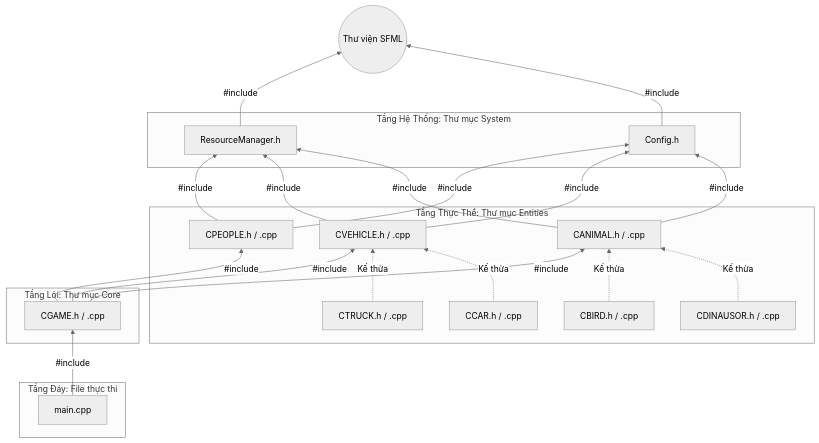
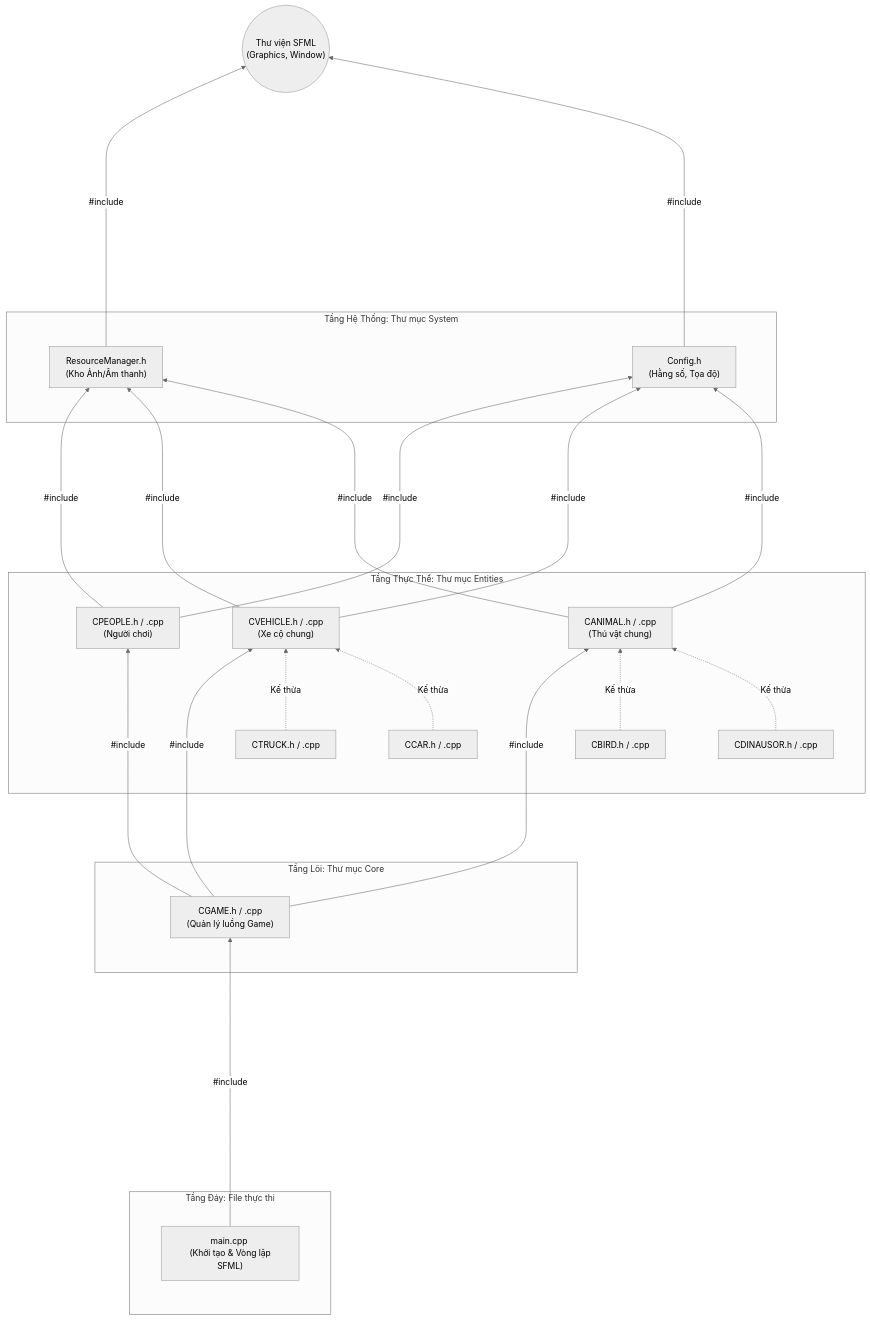
Before and after one commit to doomsdaycome/crossing_road_game: the diagram in ArchitextureDiagram.md, drawn with Mermaid (neutral theme).

````diff
--- a/ArchitextureDiagram.md
+++ b/ArchitextureDiagram.md
@@ -1,65 +1,67 @@
 ```mermaid
+%%{init: {"flowchart": {"nodeSpacing": 100, "rankSpacing": 130}}}%%
 graph BT
     %% --- TẦNG 1: Vòng lặp chính ---
     subgraph L1 [Tầng Đáy: File thực thi]
-        Main["main.cpp"]
+        Main["main.cpp <br> (Khởi tạo & Vòng lặp SFML)"]
     end
 
     %% --- TẦNG 2: Bộ não trò chơi ---
     subgraph L2 [Tầng Lõi: Thư mục Core]
-        Game["CGAME.h / .cpp"]
+        Game["CGAME.h / .cpp <br> (Quản lý luồng Game)"]
     end
 
     %% --- TẦNG 3: Các đối tượng trong game ---
     subgraph L3 [Tầng Thực Thể: Thư mục Entities]
-        People["CPEOPLE.h / .cpp"]
+        People["CPEOPLE.h / .cpp <br> (Người chơi)"]
         
-        Vehicle["CVEHICLE.h / .cpp"]
+        Vehicle["CVEHICLE.h / .cpp <br> (Xe cộ chung)"]
         Truck["CTRUCK.h / .cpp"]
         Car["CCAR.h / .cpp"]
         
-        Animal["CANIMAL.h / .cpp"]
+        Animal["CANIMAL.h / .cpp <br> (Thú vật chung)"]
         Bird["CBIRD.h / .cpp"]
         Dino["CDINAUSOR.h / .cpp"]
     end
 
     %% --- TẦNG 4: Quản lý tài nguyên & Hằng số ---
     subgraph L4 [Tầng Hệ Thống: Thư mục System]
-        Config["Config.h"]
-        RM["ResourceManager.h"]
+        Config["Config.h <br> (Hằng số, Tọa độ)"]
+        RM["ResourceManager.h <br> (Kho Ảnh/Âm thanh)"]
     end
 
     %% --- TẦNG 5: Thư viện ngoài ---
-    SFML(("Thư viện SFML"))
+    SFML(("Thư viện SFML <br> (Graphics, Window)"))
 
     %% ==========================================
     %% CÁC ĐƯỜNG LIÊN KẾT (Include & Kế thừa)
     %% ==========================================
 
-    %% 1. Luồng Include từ dưới lên
-    Main -->|"#include"| Game
+    %% 1. Luồng Include từ dưới lên (Dùng 4 gạch để kéo dài khoảng cách)
+    Main ---->|"#include"| Game
     
-    Game -->|"#include"| People
-    Game -->|"#include"| Vehicle
-    Game -->|"#include"| Animal
+    %% Tầng Core gọi Thực thể (Dùng 3 gạch)
+    Game --->|"#include"| People
+    Game --->|"#include"| Vehicle
+    Game --->|"#include"| Animal
     
     %% 2. Luồng Kế thừa (Nét đứt)
     Truck -. "Kế thừa" .-> Vehicle
     Car -. "Kế thừa" .-> Vehicle
     Bird -. "Kế thừa" .-> Animal
     Dino -. "Kế thừa" .-> Animal
     
     %% 3. Gọi các file Hệ thống dùng chung
-    People -->|"#include"| Config
-    People -->|"#include"| RM
+    People --->|"#include"| Config
+    People --->|"#include"| RM
     
-    Vehicle -->|"#include"| Config
-    Vehicle -->|"#include"| RM
+    Vehicle --->|"#include"| Config
+    Vehicle --->|"#include"| RM
     
-    Animal -->|"#include"| Config
-    Animal -->|"#include"| RM
+    Animal --->|"#include"| Config
+    Animal --->|"#include"| RM
     
     %% 4. Tầng hệ thống gọi thư viện SFML
-    RM -->|"#include <SFML/Graphics.hpp>"| SFML
-    Config -->|"#include <SFML/Graphics.hpp>"| SFML
+    RM ---->|"#include"| SFML
+    Config ---->|"#include"| SFML
 ```
````
